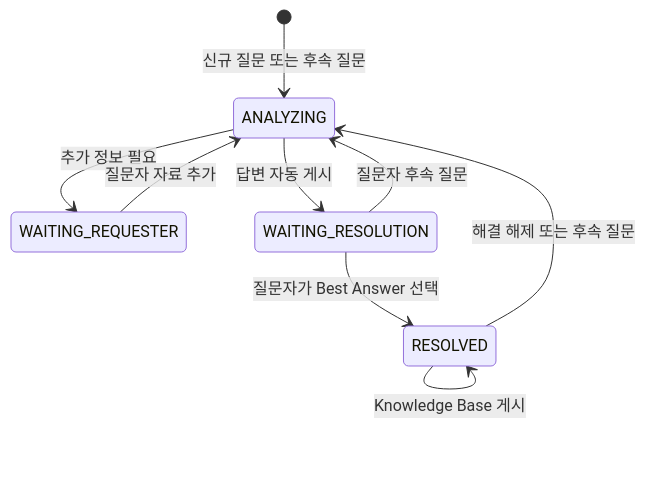
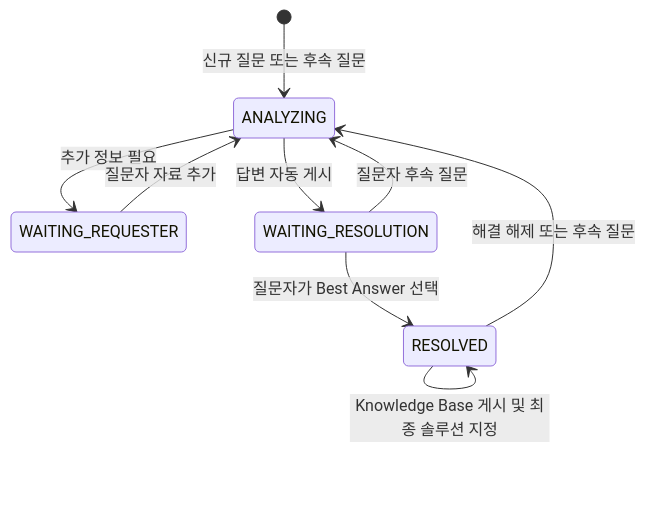
One commit to ablecloud-team/ablestack-techflow changed the diagram in docs/adr/0010-community-auto-publish-knowledge-base.md. Above: the diagram before and after it, drawn with Mermaid. The commit also changed other lines of this file and 29 other files, not shown here.

````diff
--- a/docs/adr/0010-community-auto-publish-knowledge-base.md
+++ b/docs/adr/0010-community-auto-publish-knowledge-base.md
@@ -34,11 +36,11 @@
 ```mermaid
 stateDiagram-v2
     [*] --> ANALYZING: 신규 질문 또는 후속 질문
     ANALYZING --> WAITING_REQUESTER: 추가 정보 필요
     ANALYZING --> WAITING_RESOLUTION: 답변 자동 게시
     WAITING_REQUESTER --> ANALYZING: 질문자 자료 추가
     WAITING_RESOLUTION --> ANALYZING: 질문자 후속 질문
     WAITING_RESOLUTION --> RESOLVED: 질문자가 Best Answer 선택
-    RESOLVED --> RESOLVED: Knowledge Base 게시
+    RESOLVED --> RESOLVED: Knowledge Base 게시 및 최종 솔루션 지정
     RESOLVED --> ANALYZING: 해결 해제 또는 후속 질문
 ```
````
